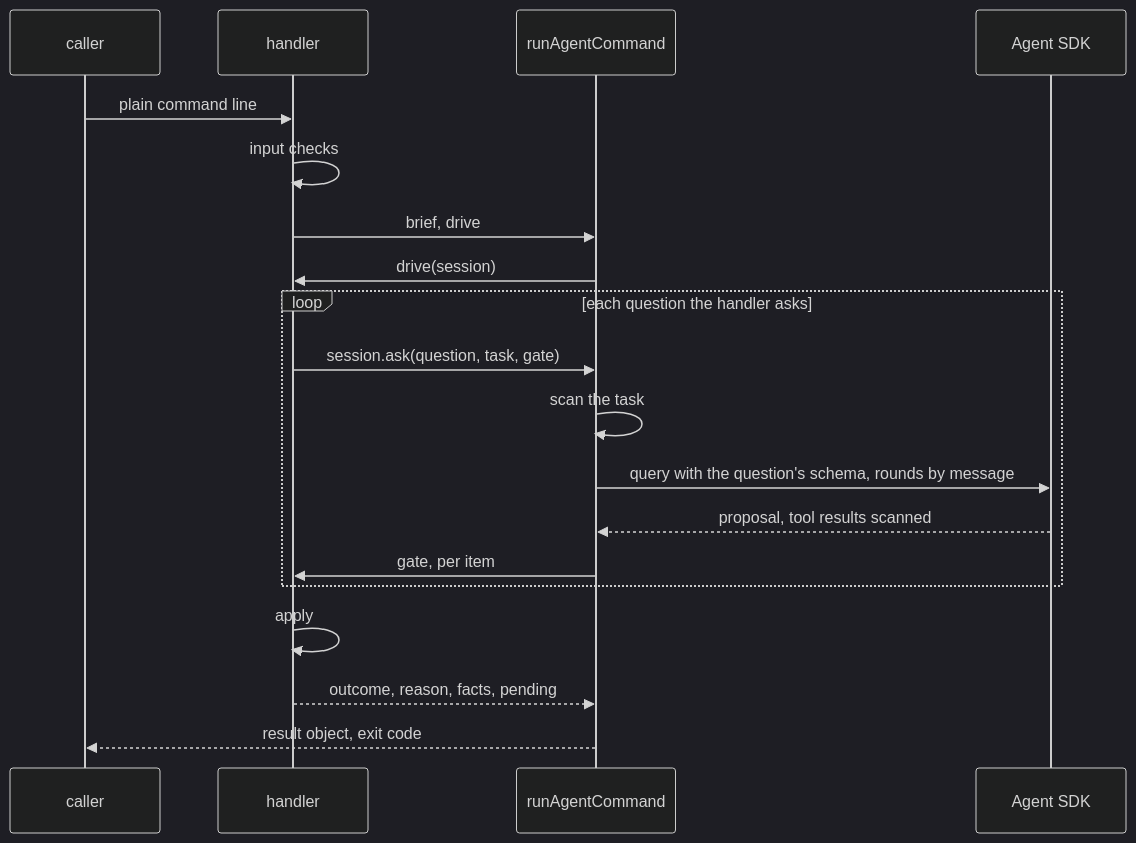
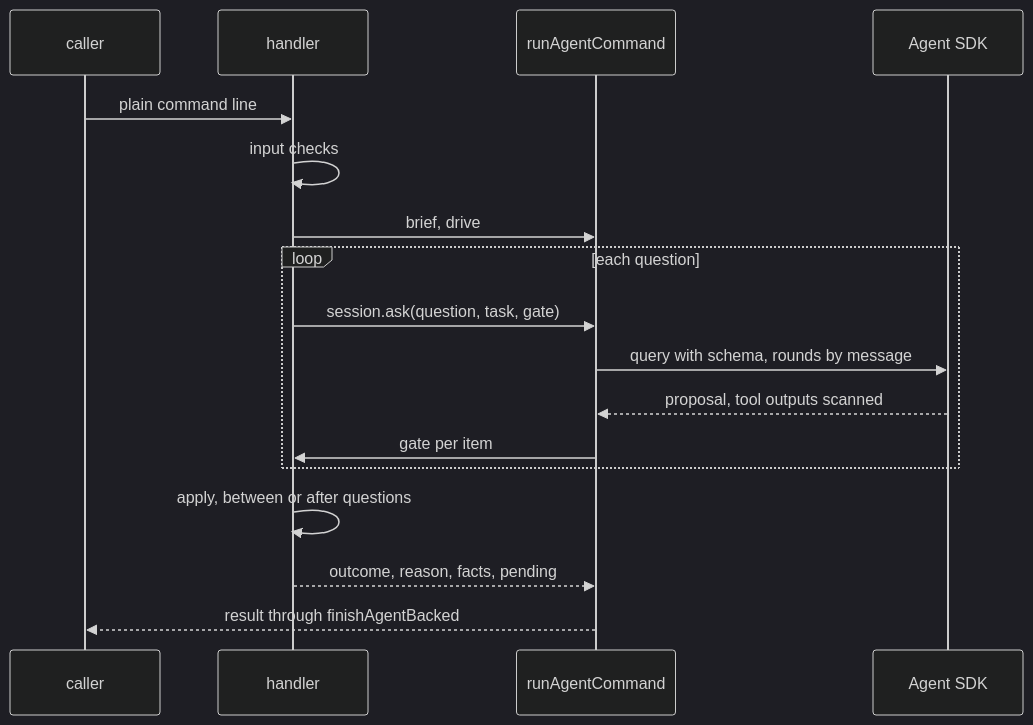
The second of 2 diagrams in specs/2410-agent-backed-commands/design-a.md (forwardimpact/monorepo), drawn with Mermaid (dark theme) before and after one commit. The commit also changed other lines of this file and 1 other file, not shown here.

````diff
--- a/specs/2410-agent-backed-commands/design-a.md
+++ b/specs/2410-agent-backed-commands/design-a.md
@@ -62,21 +64,19 @@
 ```mermaid
 sequenceDiagram
     participant C as caller
     participant D as handler
     participant R as runAgentCommand
     participant S as Agent SDK
     C->>D: plain command line
     D->>D: input checks
     D->>R: brief, drive
-    R->>D: drive(session)
-    loop each question the handler asks
+    loop each question
         D->>R: session.ask(question, task, gate)
-        R->>R: scan the task
-        R->>S: query with the question's schema, rounds by message
-        S-->>R: proposal, tool results scanned
-        R->>D: gate, per item
+        R->>S: query with schema, rounds by message
+        S-->>R: proposal, tool outputs scanned
+        R->>D: gate per item
     end
-    D->>D: apply
+    D->>D: apply, between or after questions
     D-->>R: outcome, reason, facts, pending
-    R-->>C: result object, exit code
+    R-->>C: result through finishAgentBacked
 ```
````
